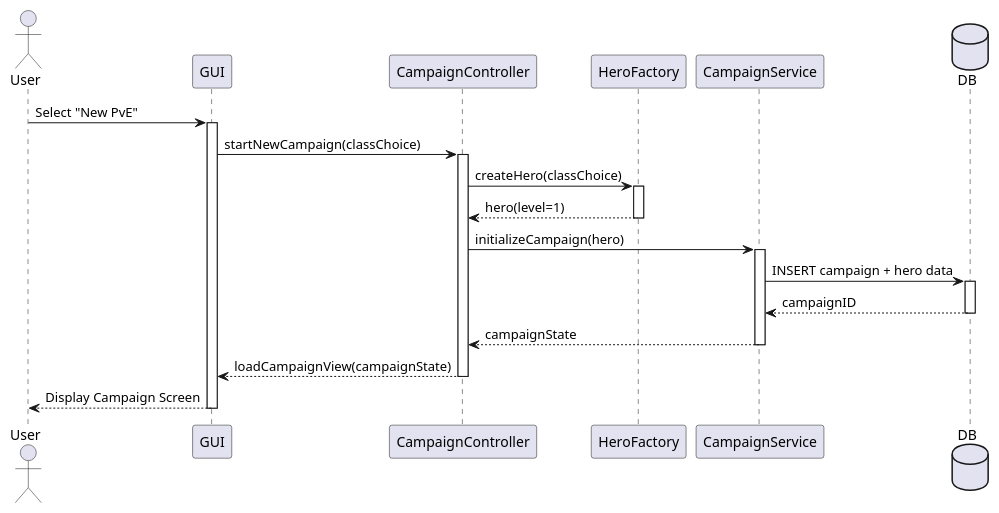
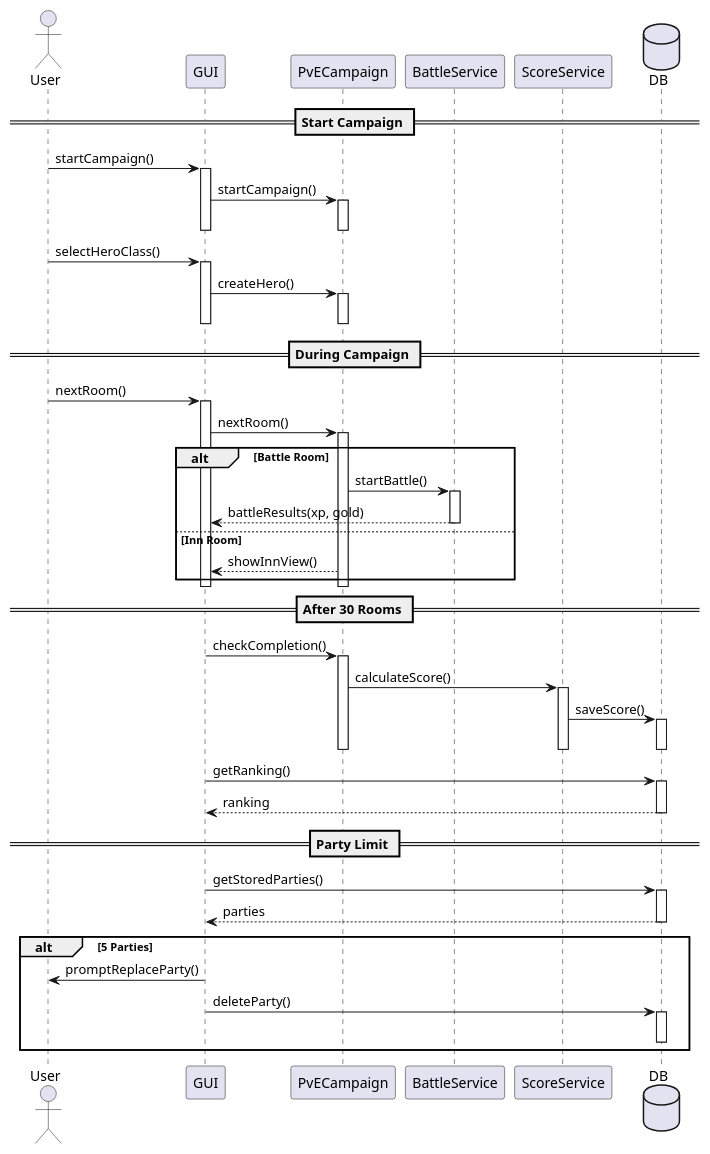
Before and after one commit to noahdc06/SoftwareDesignProject: the diagram in LegendsOfSwordAndWand_Project/sequence_diagrams/case2.puml, drawn with PlantUML.

Commit message:
case 2 sequence

```diff
--- a/LegendsOfSwordAndWand_Project/sequence_diagrams/case2.puml
+++ b/LegendsOfSwordAndWand_Project/sequence_diagrams/case2.puml
@@ -1,37 +1,76 @@
 @startuml
+
 actor User
 participant GUI
-participant CampaignController
-participant HeroFactory
-participant CampaignService
+participant PvECampaign
+participant BattleService
+participant ScoreService
 database DB
 
-User -> GUI : Select "New PvE"
+== Start Campaign ==
+
+User -> GUI : startCampaign()
 activate GUI
+GUI -> PvECampaign : startCampaign()
+activate PvECampaign
+deactivate PvECampaign
+deactivate GUI
 
-GUI -> CampaignController : startNewCampaign(classChoice)
-activate CampaignController
+User -> GUI : selectHeroClass()
+activate GUI
+GUI -> PvECampaign : createHero()
+activate PvECampaign
+deactivate PvECampaign
+deactivate GUI
 
-CampaignController -> HeroFactory : createHero(classChoice)
-activate HeroFactory
-HeroFactory --> CampaignController : hero(level=1)
-deactivate HeroFactory
+== During Campaign ==
 
-CampaignController -> CampaignService : initializeCampaign(hero)
-activate CampaignService
+User -> GUI : nextRoom()
+activate GUI
+GUI -> PvECampaign : nextRoom()
+activate PvECampaign
 
-CampaignService -> DB : INSERT campaign + hero data
+alt Battle Room
+    PvECampaign -> BattleService : startBattle()
+    activate BattleService
+    BattleService --> GUI : battleResults(xp, gold)
+    deactivate BattleService
+else Inn Room
+    PvECampaign --> GUI : showInnView()
+end
+
+deactivate PvECampaign
+deactivate GUI
+
+== After 30 Rooms ==
+
+GUI -> PvECampaign : checkCompletion()
+activate PvECampaign
+PvECampaign -> ScoreService : calculateScore()
+activate ScoreService
+ScoreService -> DB : saveScore()
 activate DB
-DB --> CampaignService : campaignID
+deactivate DB
+deactivate ScoreService
+deactivate PvECampaign
+
+GUI -> DB : getRanking()
+activate DB
+DB --> GUI : ranking
 deactivate DB
 
-CampaignService --> CampaignController : campaignState
-deactivate CampaignService
+== Party Limit ==
 
-CampaignController --> GUI : loadCampaignView(campaignState)
-deactivate CampaignController
+GUI -> DB : getStoredParties()
+activate DB
+DB --> GUI : parties
+deactivate DB
 
-GUI --> User : Display Campaign Screen
-deactivate GUI
+alt 5 Parties
+    GUI -> User : promptReplaceParty()
+    GUI -> DB : deleteParty()
+    activate DB
+    deactivate DB
+end
 
 @enduml
```
